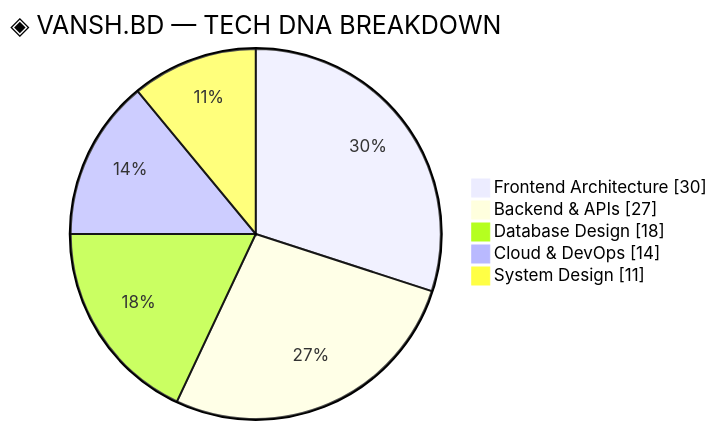
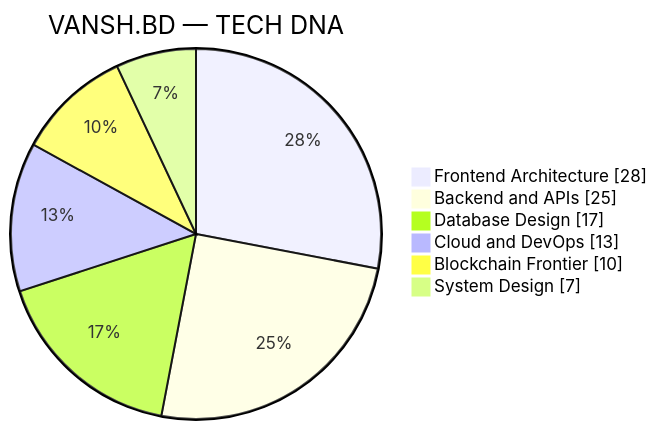
Before and after one commit to VanshBD/VanshBD: the first of 2 diagrams in README.md, drawn with Mermaid. The commit also changed other lines of this file, not shown here.

````diff
--- a/README.md
+++ b/README.md
@@ -133,8 +123,9 @@
 ```mermaid
-pie showData title ◈ VANSH.BD — TECH DNA BREAKDOWN
-    "Frontend Architecture" : 30
-    "Backend & APIs" : 27
-    "Database Design" : 18
-    "Cloud & DevOps" : 14
-    "System Design" : 11
+pie showData title VANSH.BD — TECH DNA
+    "Frontend Architecture" : 28
+    "Backend and APIs" : 25
+    "Database Design" : 17
+    "Cloud and DevOps" : 13
+    "Blockchain Frontier" : 10
+    "System Design" : 7
 ```
````
